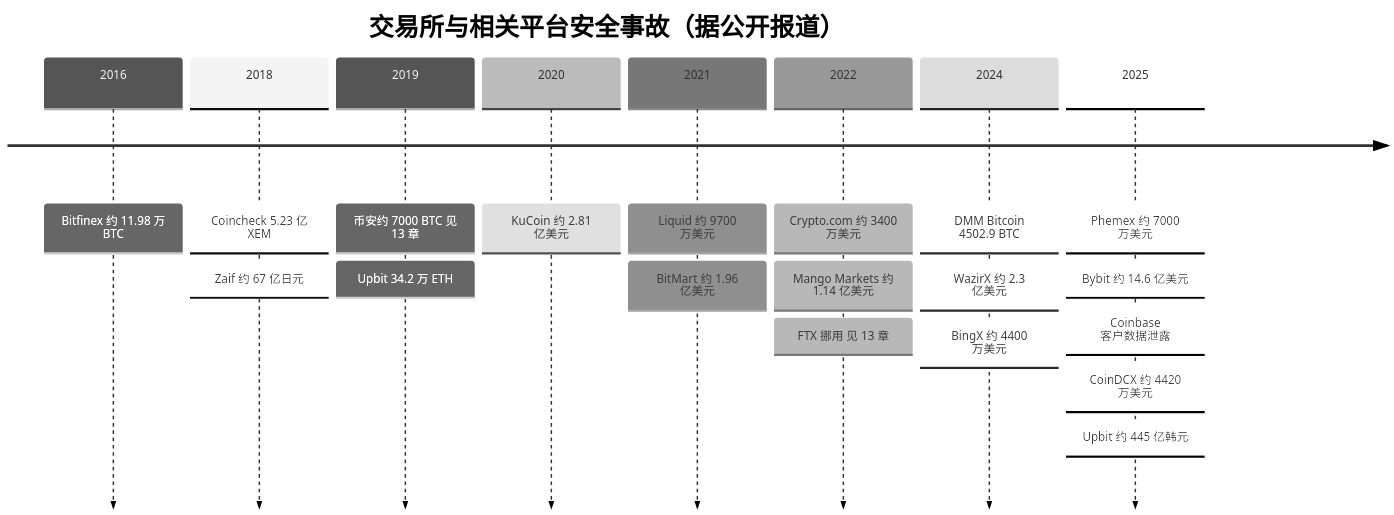
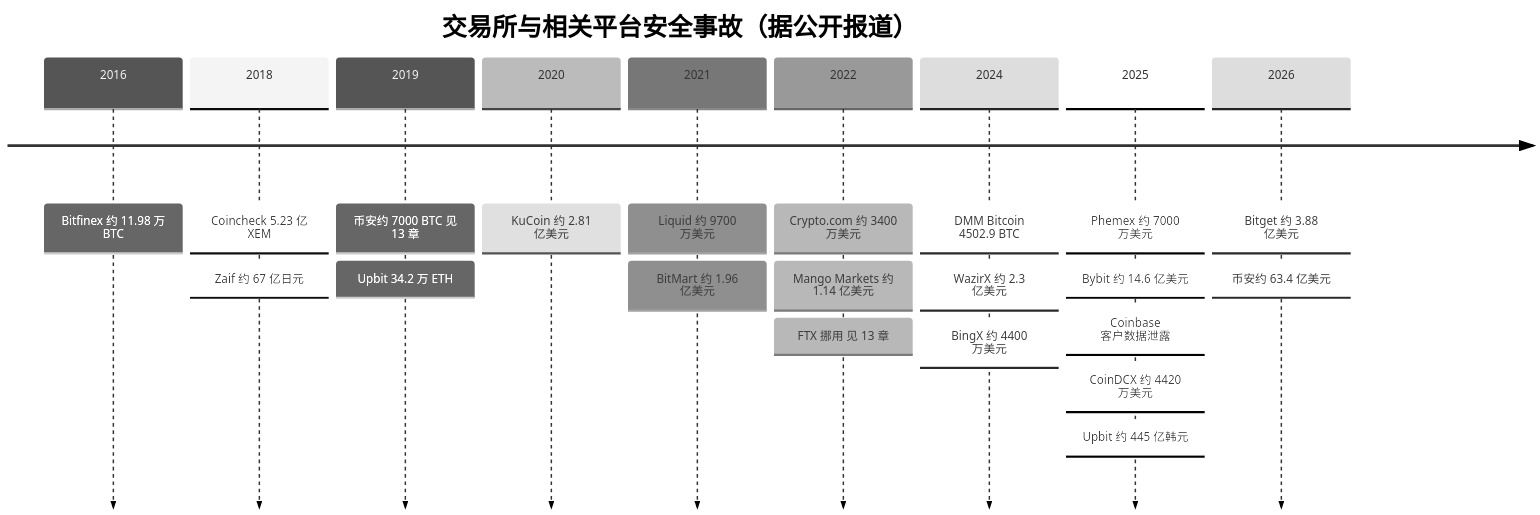
One commit to ocean-8848/CEX-Demo changed the fourth of 8 diagrams in learning/backstage/B12-incident-casebook.md. Above: the diagram before and after it, drawn with Mermaid (neutral theme). The commit also changed other lines of this file and 8 other files, not shown here.

````diff
--- a/learning/backstage/B12-incident-casebook.md
+++ b/learning/backstage/B12-incident-casebook.md
@@ -214,12 +214,13 @@
 ```mermaid
 timeline
     title 交易所与相关平台安全事故（据公开报道）
     2016 : Bitfinex 约 11.98 万 BTC
     2018 : Coincheck 5.23 亿 XEM : Zaif 约 67 亿日元
     2019 : 币安约 7000 BTC 见 13 章 : Upbit 34.2 万 ETH
     2020 : KuCoin 约 2.81 亿美元
     2021 : Liquid 约 9700 万美元 : BitMart 约 1.96 亿美元
     2022 : Crypto.com 约 3400 万美元 : Mango Markets 约 1.14 亿美元 : FTX 挪用 见 13 章
     2024 : DMM Bitcoin 4502.9 BTC : WazirX 约 2.3 亿美元 : BingX 约 4400 万美元
     2025 : Phemex 约 7000 万美元 : Bybit 约 14.6 亿美元 : Coinbase 客户数据泄露 : CoinDCX 约 4420 万美元 : Upbit 约 445 亿韩元
+    2026 : Bitget 约 3.88 亿美元 : 币安约 63.4 亿美元
 ```
````
